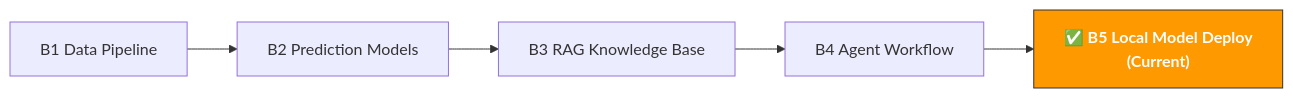
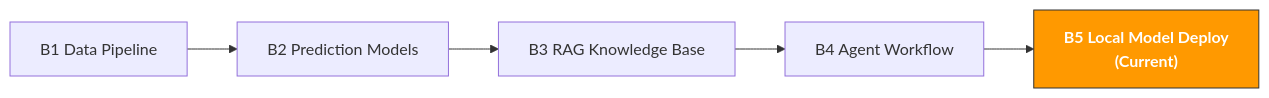
The diagram in en/paths/b-developers/b5-local-model-deploy.md (kangise/ecommerce-ai-roadmap), drawn with Mermaid before and after one commit. The commit also changed other lines of this file and 185 other files, not shown here.

````diff
--- a/en/paths/b-developers/b5-local-model-deploy.md
+++ b/en/paths/b-developers/b5-local-model-deploy.md
@@ -14,13 +14,13 @@
 ```mermaid
 flowchart LR
-    B1["B1 Data Pipeline"]
-    B1 --> B2
-    B2["B2 Prediction Models"]
-    B2 --> B3
-    B3["B3 RAG Knowledge Base"]
-    B3 --> B4
-    B4["B4 Agent Workflow"]
-    B4 --> B5
-    B5["✅ B5 Local Model Deploy<br/>(Current)"]:::current
-    classDef current fill:#ff9900,stroke:#333,color:#fff,font-weight:bold
+B1["B1 Data Pipeline"]
+B1 --> B2
+B2["B2 Prediction Models"]
+B2 --> B3
+B3["B3 RAG Knowledge Base"]
+B3 --> B4
+B4["B4 Agent Workflow"]
+B4 --> B5
+B5[" B5 Local Model Deploy<br/>(Current)"]:::current
+classDef current fill:#ff9900,stroke:#333,color:#fff,font-weight:bold
 ```
````
